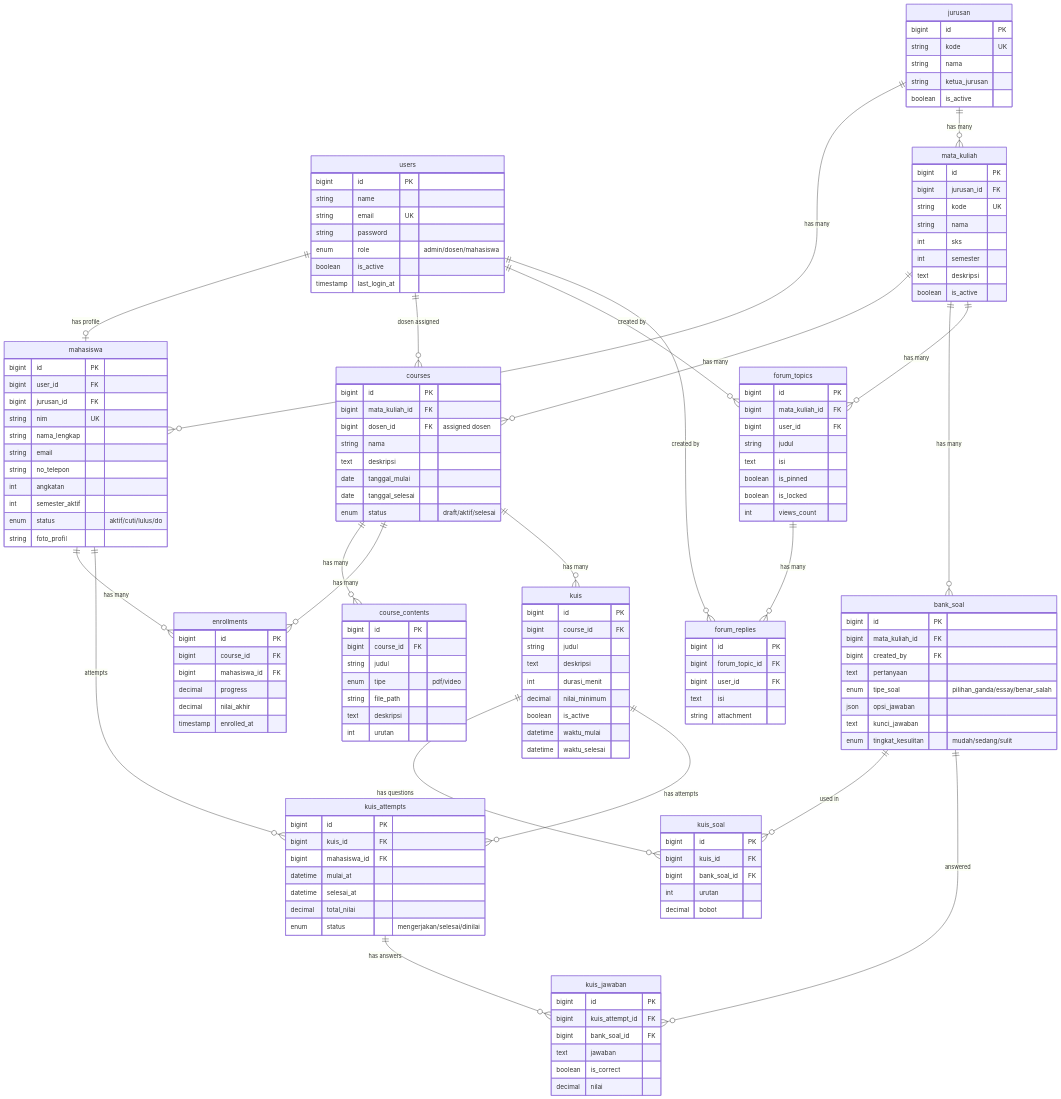
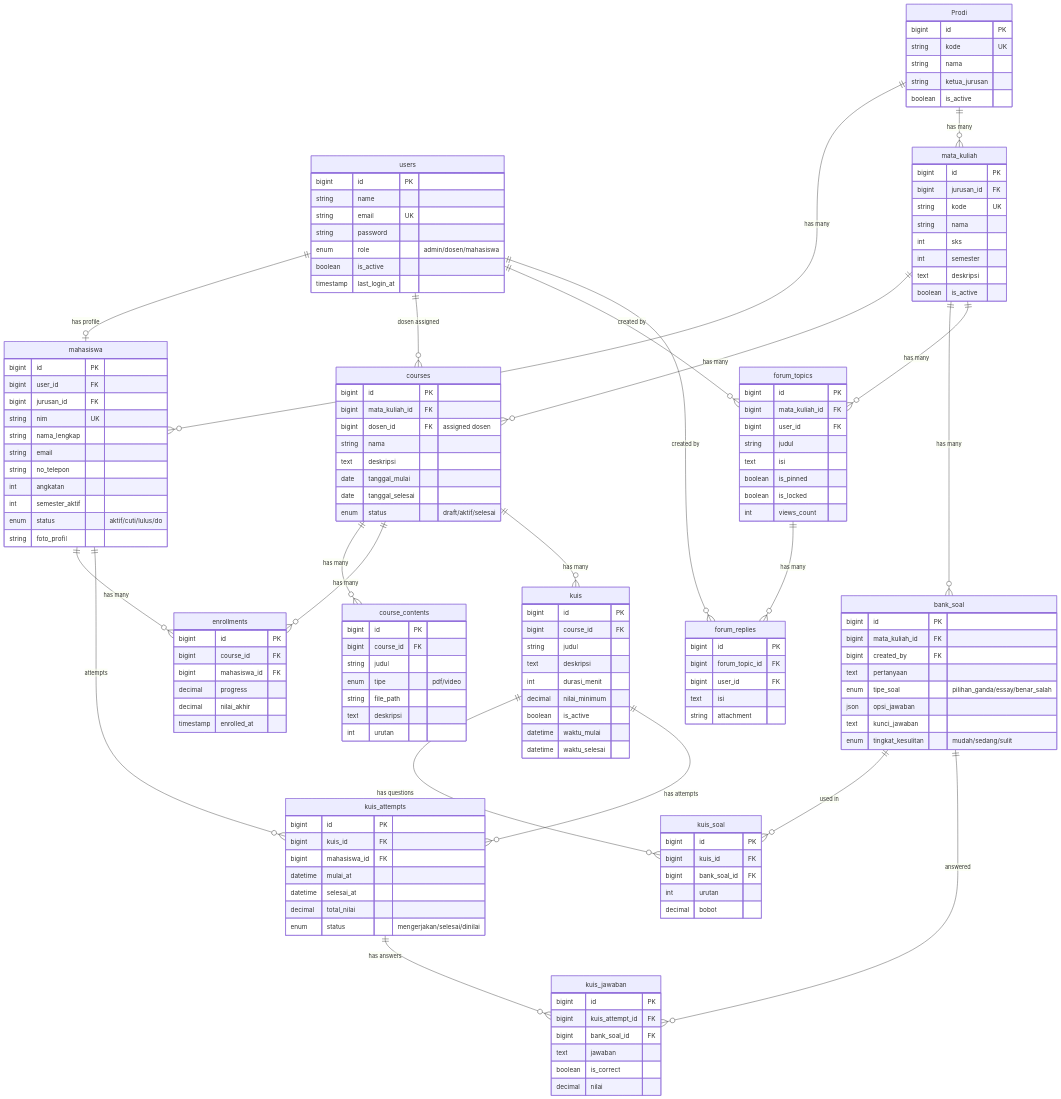
One commit to valtiraga/sil changed the second of 2 diagrams in implementation_plan.md. Above: the diagram before and after it, drawn with Mermaid. The commit also changed other lines of this file and 54 other files, not shown here.

````diff
--- a/implementation_plan.md
+++ b/implementation_plan.md
@@ -37,8 +37,8 @@
 ```mermaid
 erDiagram
     users ||--o| mahasiswa : "has profile"
-    jurusan ||--o{ mahasiswa : "has many"
-    jurusan ||--o{ mata_kuliah : "has many"
+    Prodi ||--o{ mahasiswa : "has many"
+    Prodi ||--o{ mata_kuliah : "has many"
     mata_kuliah ||--o{ courses : "has many"
     users ||--o{ courses : "dosen assigned"
     courses ||--o{ course_contents : "has many"
@@ -67,7 +67,7 @@
         timestamp last_login_at
     }
 
-    jurusan {
+    Prodi {
         bigint id PK
         string kode UK
         string nama
````
